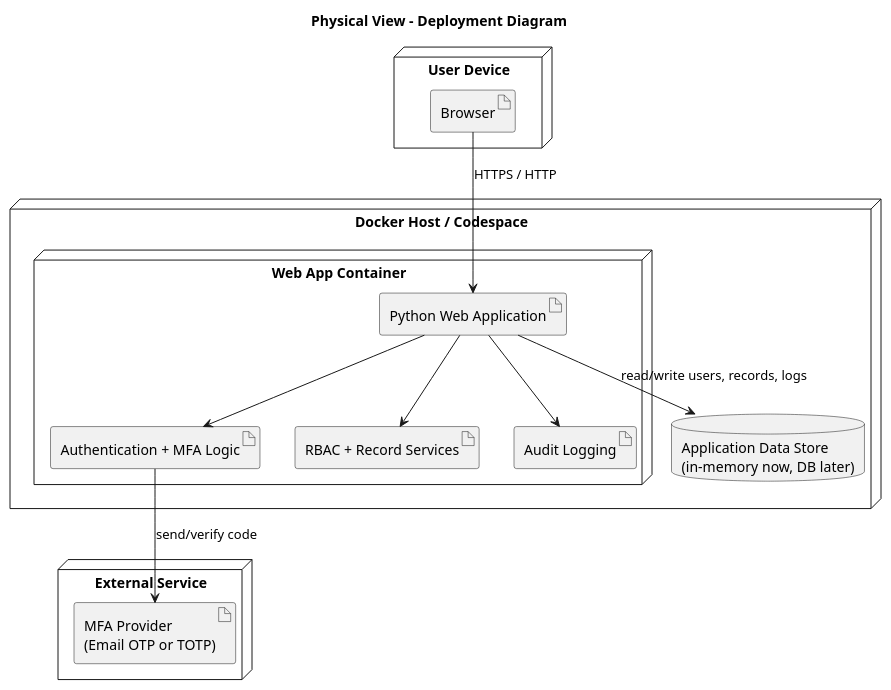
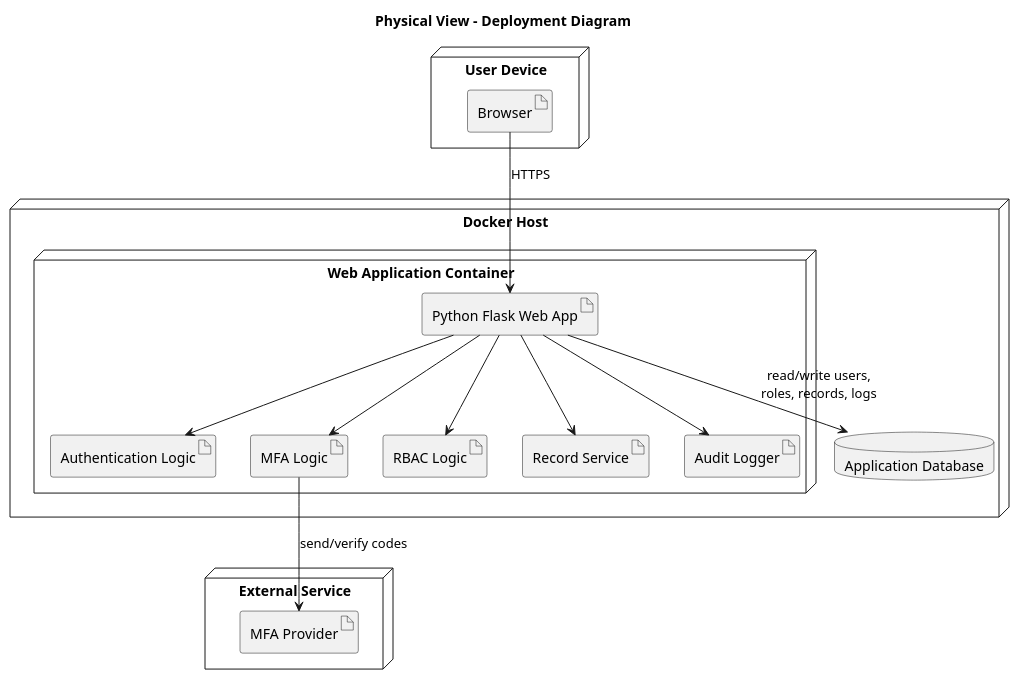
One commit to jgriffin12/CSCI375_final_project changed the diagram in Docs/Uml/05_physical_deployment_view.puml. Above: the diagram before and after it, drawn with PlantUML. The commit also changed 4 other files, not shown here.

Commit message:
uml files

```diff
--- a/Docs/Uml/05_physical_deployment_view.puml
+++ b/Docs/Uml/05_physical_deployment_view.puml
@@ -1,31 +1,35 @@
 @startuml
 skinparam shadowing false
 
 title Physical View - Deployment Diagram
 
 node "User Device" {
   artifact "Browser" as Browser
 }
 
-node "Docker Host / Codespace" {
-  node "Web App Container" {
-    artifact "Python Web Application" as WebApp
-    artifact "Authentication + MFA Logic" as Auth
-    artifact "RBAC + Record Services" as Logic
-    artifact "Audit Logging" as Audit
+node "Docker Host" {
+  node "Web Application Container" {
+    artifact "Python Flask Web App" as App
+    artifact "Authentication Logic" as Auth
+    artifact "MFA Logic" as MFAApp
+    artifact "RBAC Logic" as RBAC
+    artifact "Record Service" as RecordSvc
+    artifact "Audit Logger" as Audit
   }
 
-  database "Application Data Store\n(in-memory now, DB later)" as DB
+  database "Application Database" as DB
 }
 
 node "External Service" {
-  artifact "MFA Provider\n(Email OTP or TOTP)" as MFA
+  artifact "MFA Provider" as MFAProvider
 }
 
-Browser --> WebApp : HTTPS / HTTP
-WebApp --> Auth
-WebApp --> Logic
-WebApp --> Audit
-WebApp --> DB : read/write users, records, logs
-Auth --> MFA : send/verify code
+Browser --> App : HTTPS
+App --> Auth
+App --> MFAApp
+App --> RBAC
+App --> RecordSvc
+App --> Audit
+App --> DB : read/write users,\nroles, records, logs
+MFAApp --> MFAProvider : send/verify codes
 @enduml
```
